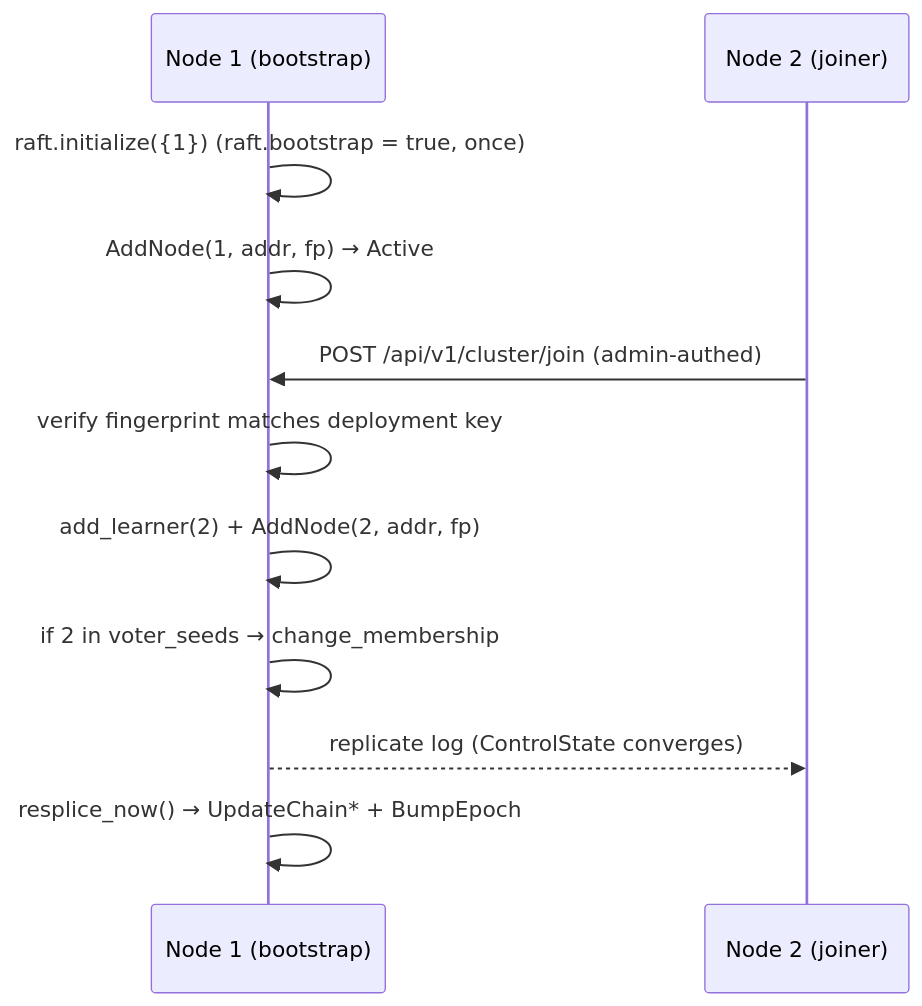
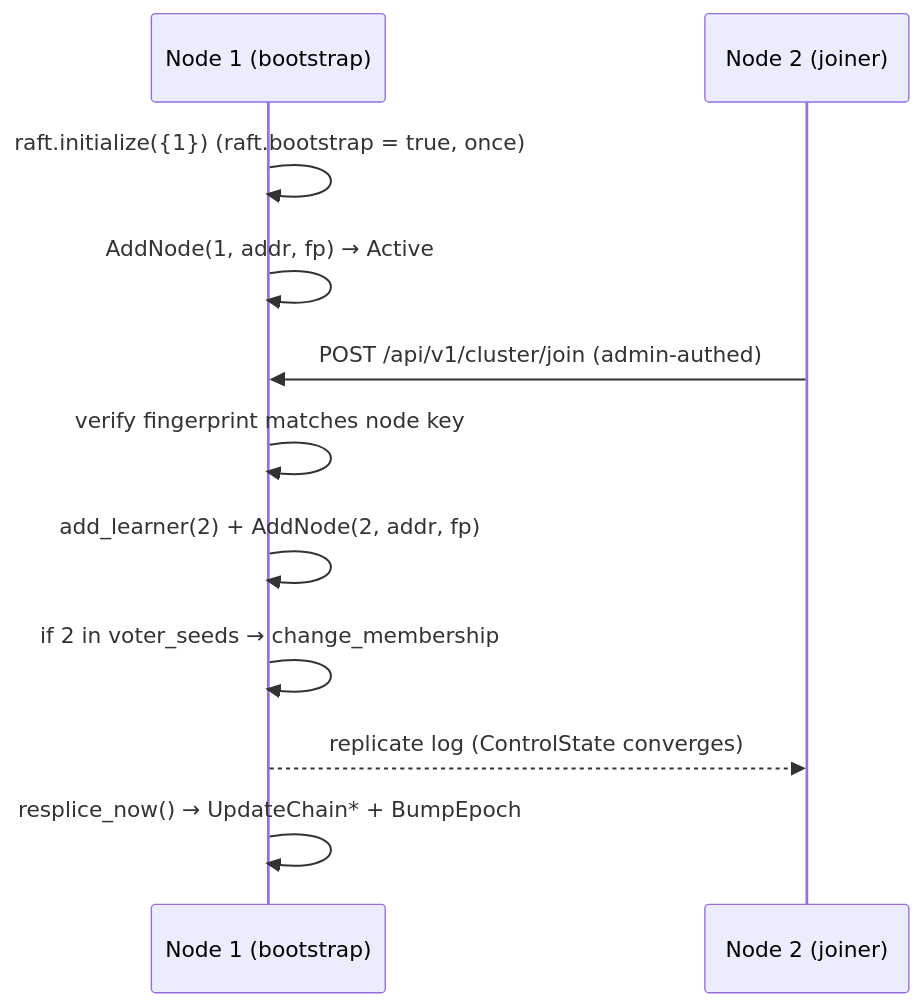
One commit to Quyzi/y2q changed the second of 3 diagrams in docs/clustering.md. Above: the diagram before and after it, drawn with Mermaid. The commit also changed other lines of this file and 16 other files, not shown here.

````diff
--- a/docs/clustering.md
+++ b/docs/clustering.md
@@ -126,13 +133,13 @@
 ```mermaid
 sequenceDiagram
     participant N1 as Node 1 (bootstrap)
     participant N2 as Node 2 (joiner)
     N1->>N1: raft.initialize({1})  (raft.bootstrap = true, once)
     N1->>N1: AddNode(1, addr, fp)  → Active
     N2->>N1: POST /api/v1/cluster/join (admin-authed)
-    N1->>N1: verify fingerprint matches deployment key
+    N1->>N1: verify fingerprint matches node key
     N1->>N1: add_learner(2)  +  AddNode(2, addr, fp)
     N1->>N1: if 2 in voter_seeds → change_membership
     N1-->>N2: replicate log (ControlState converges)
     N1->>N1: resplice_now() → UpdateChain* + BumpEpoch
 ```
````
